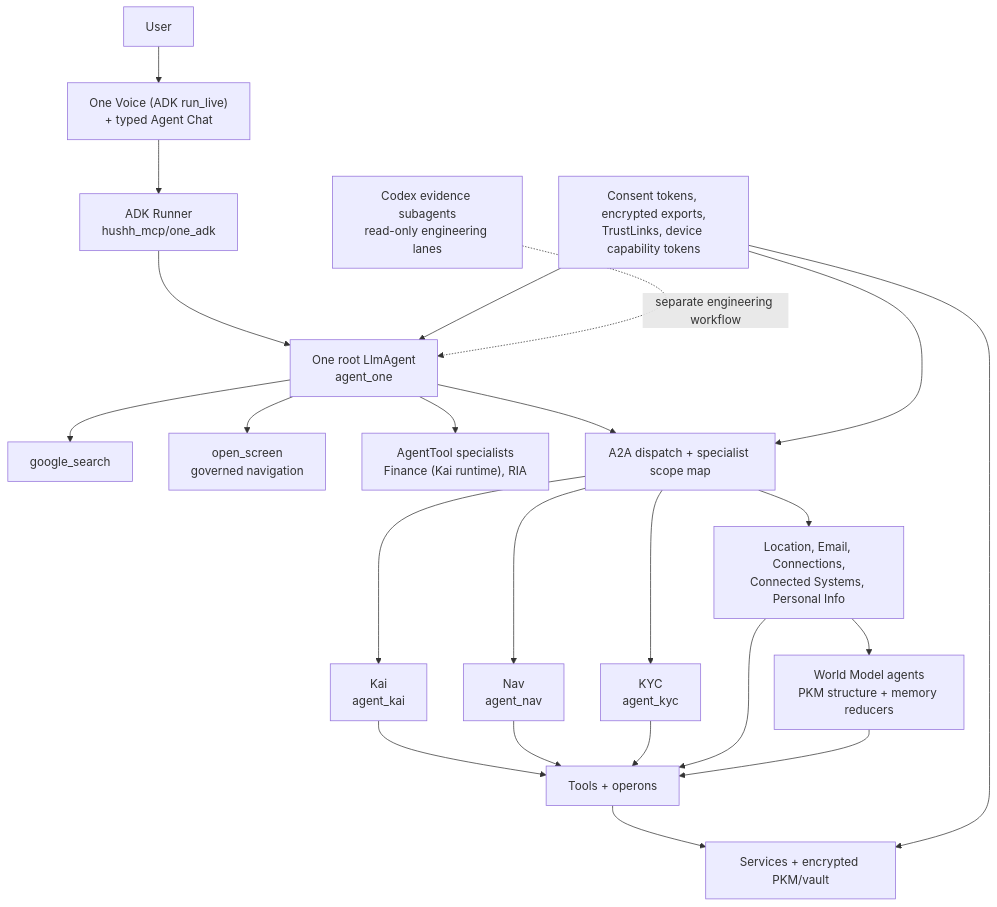
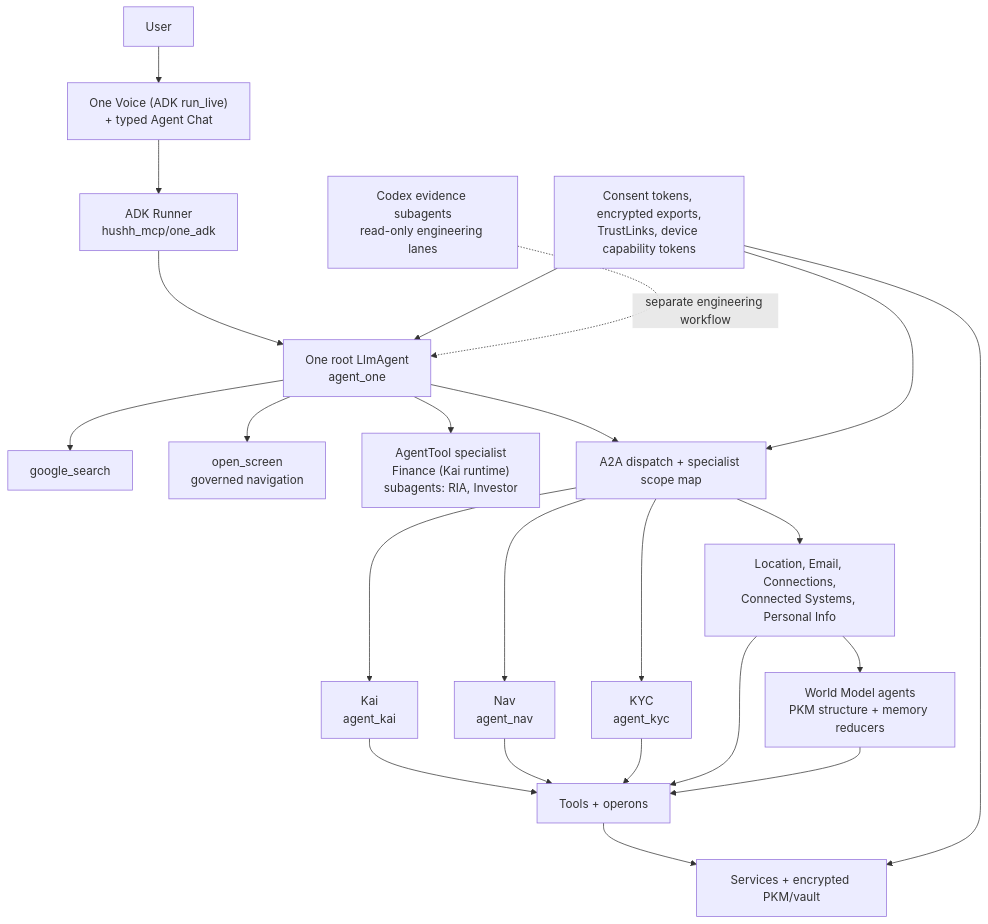
The diagram in docs/reference/one/one-agent-hierarchy.md (hushh-labs/hushh-research), drawn with Mermaid before and after one commit. The commit also changed other lines of this file and 15 other files, not shown here.

````diff
--- a/docs/reference/one/one-agent-hierarchy.md
+++ b/docs/reference/one/one-agent-hierarchy.md
@@ -5,43 +5,43 @@
 ```mermaid
 flowchart TD
   user["User"]
   voice["One Voice (ADK run_live)<br/>+ typed Agent Chat"]
   runner["ADK Runner<br/>hushh_mcp/one_adk"]
   one["One root LlmAgent<br/>agent_one"]
   search["google_search"]
   nav_tool["open_screen<br/>governed navigation"]
-  agenttools["AgentTool specialists<br/>Finance (Kai runtime), RIA"]
+  agenttools["AgentTool specialist<br/>Finance (Kai runtime)<br/>subagents: RIA, Investor"]
   a2a["A2A dispatch + specialist scope map"]
   kai["Kai<br/>agent_kai"]
   nav["Nav<br/>agent_nav"]
   kyc["KYC<br/>agent_kyc"]
   support["Location, Email, Connections,<br/>Connected Systems, Personal Info"]
   memory["World Model agents<br/>PKM structure + memory reducers"]
   operons["Tools + operons"]
   services["Services + encrypted PKM/vault"]
   consent["Consent tokens, encrypted exports,<br/>TrustLinks, device capability tokens"]
   codex["Codex evidence subagents<br/>read-only engineering lanes"]
 
   user --> voice
   voice --> runner
   runner --> one
   one --> search
   one --> nav_tool
   one --> agenttools
   one --> a2a
   a2a --> kai
   a2a --> nav
   a2a --> kyc
   a2a --> support
   support --> memory
   kai --> operons
   nav --> operons
   kyc --> operons
   support --> operons
   memory --> operons
   operons --> services
   consent --> one
   consent --> a2a
   consent --> services
   codex -.separate engineering workflow.-> one
 ```
````
